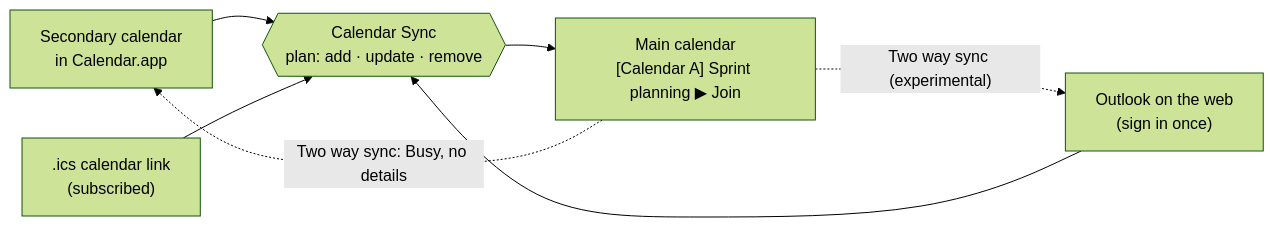
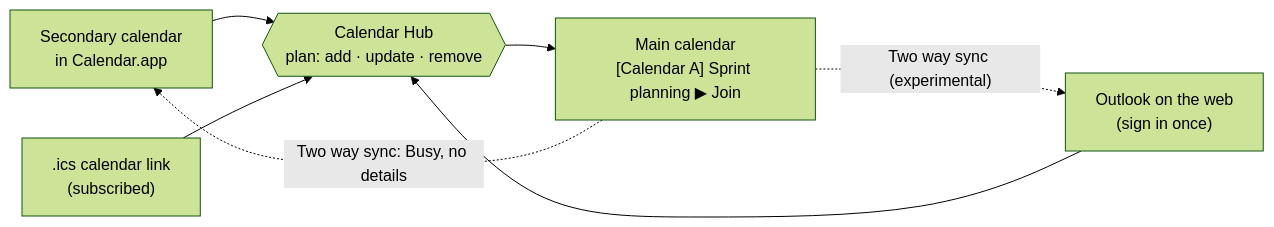
One commit to neteinstein/Calendar-Hub changed the diagram in docs/how-it-works.md. Above: the diagram before and after it, drawn with Mermaid (forest theme). The commit also changed other lines of this file and 140 other files, not shown here.

First line of the commit message:
2.0.20: Calendar Sync is now Calendar Hub

````diff
--- a/docs/how-it-works.md
+++ b/docs/how-it-works.md
@@ -5,9 +5,9 @@
 ```mermaid
 flowchart LR
     A["Secondary calendar<br/>in Calendar.app"] --> S
     B[".ics calendar link<br/>(subscribed)"] --> S
     C["Outlook on the web<br/>(sign in once)"] --> S
-    S{{"Calendar Sync<br/>plan: add · update · remove"}} --> M["Main calendar<br/>[Calendar A] Sprint planning ▶ Join"]
+    S{{"Calendar Hub<br/>plan: add · update · remove"}} --> M["Main calendar<br/>[Calendar A] Sprint planning ▶ Join"]
     M -. "Two way sync: Busy, no details" .-> A
     M -. "Two way sync (experimental)" .-> C
 ```
````
